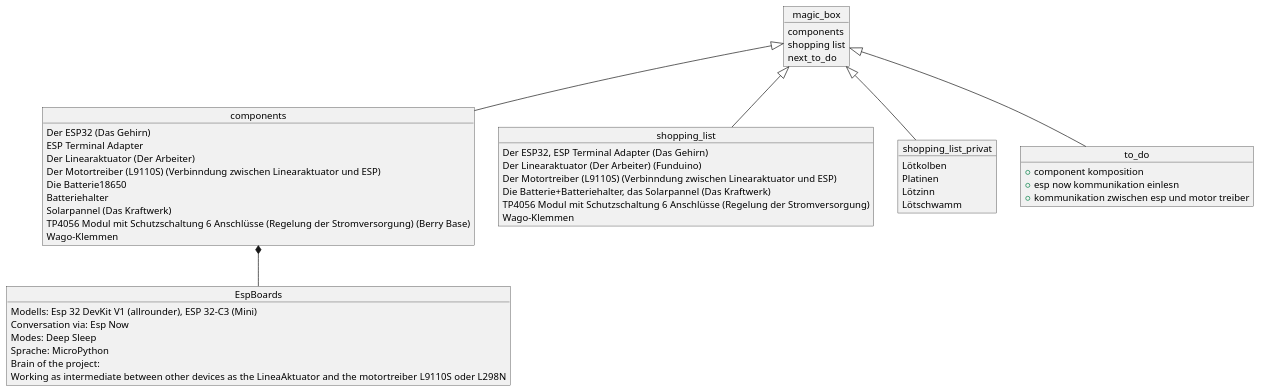
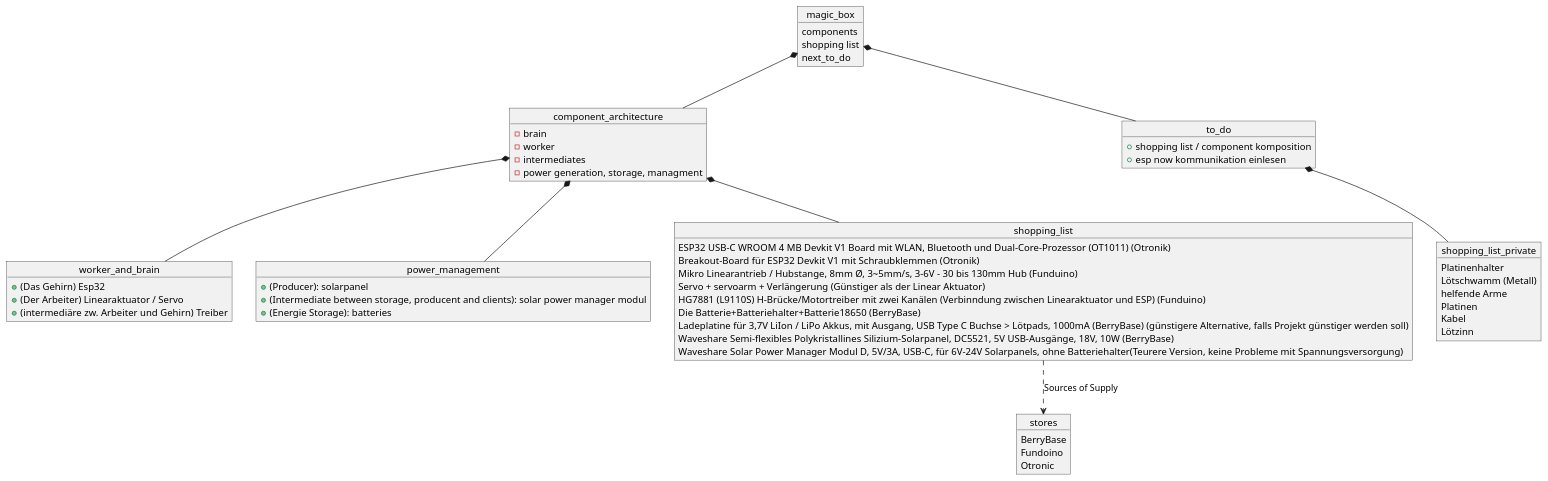
One commit to jrlk000/magic_box changed the diagram in overview_magic_box.puml. Above: the diagram before and after it, drawn with PlantUML.

Commit message:
Concretize the shopping list and the project architecture

```diff
--- a/overview_magic_box.puml
+++ b/overview_magic_box.puml
@@ -1,62 +1,68 @@
 @startuml
 
 object magic_box{
 components
 shopping list
 next_to_do
 }
 
-object components{
-Der ESP32 (Das Gehirn)
-ESP Terminal Adapter
-Der Linearaktuator (Der Arbeiter)
-Der Motortreiber (L9110S) (Verbinndung zwischen Linearaktuator und ESP)
-Die Batterie18650
-Batteriehalter
-Solarpannel (Das Kraftwerk)
-TP4056 Modul mit Schutzschaltung 6 Anschlüsse (Regelung der Stromversorgung) (Berry Base)
-Wago-Klemmen
+object component_architecture{
+-brain
+-worker
+-intermediates
+-power generation, storage, managment
 }
 
-object EspBoards{
-Modells: Esp 32 DevKit V1 (allrounder), ESP 32-C3 (Mini)
+object worker_and_brain{
++(Das Gehirn) Esp32
++(Der Arbeiter) Linearaktuator / Servo
++(intermediäre zw. Arbeiter und Gehirn) Treiber
+}
 
-Conversation via: Esp Now
-Modes: Deep Sleep
-Sprache: MicroPython
-
-Brain of the project:
-Working as intermediate between other devices as the LineaAktuator and the motortreiber L9110S oder L298N
-
-
+object power_management{
++(Producer): solarpanel
++(Intermediate between storage, producent and clients): solar power manager modul
++(Energie Storage): batteries
 }
 
 object shopping_list{
-Der ESP32, ESP Terminal Adapter (Das Gehirn)
-Der Linearaktuator (Der Arbeiter) (Funduino)
-Der Motortreiber (L9110S) (Verbinndung zwischen Linearaktuator und ESP)
-Die Batterie+Batteriehalter, das Solarpannel (Das Kraftwerk)
-TP4056 Modul mit Schutzschaltung 6 Anschlüsse (Regelung der Stromversorgung)
-Wago-Klemmen
+ESP32 USB-C WROOM 4 MB Devkit V1 Board mit WLAN, Bluetooth und Dual-Core-Prozessor (OT1011) (Otronik)
+Breakout-Board für ESP32 Devkit V1 mit Schraubklemmen (Otronik)
+Mikro Linearantrieb / Hubstange, 8mm Ø, 3~5mm/s, 3-6V - 30 bis 130mm Hub (Funduino)
+Servo + servoarm + Verlängerung (Günstiger als der Linear Aktuator)
+HG7881 (L9110S) H-Brücke/Motortreiber mit zwei Kanälen (Verbinndung zwischen Linearaktuator und ESP) (Funduino)
+Die Batterie+Batteriehalter+Batterie18650 (BerryBase)
+Ladeplatine für 3,7V LiIon / LiPo Akkus, mit Ausgang, USB Type C Buchse > Lötpads, 1000mA (BerryBase) (günstigere Alternative, falls Projekt günstiger werden soll)
+Waveshare Semi-flexibles Polykristallines Silizium-Solarpanel, DC5521, 5V USB-Ausgänge, 18V, 10W (BerryBase)
+Waveshare Solar Power Manager Modul D, 5V/3A, USB-C, für 6V-24V Solarpanels, ohne Batteriehalter(Teurere Version, keine Probleme mit Spannungsversorgung)
 }
 
-object shopping_list_privat{
-Lötkolben
+object shopping_list_private{
+Platinenhalter
+Lötschwamm (Metall)
+helfende Arme
 Platinen
+Kabel
 Lötzinn
-Lötschwamm
+}
+
+object stores{
+BerryBase
+Fundoino
+Otronic
 }
 
 object to_do{
-+component komposition
-+esp now kommunikation einlesn
-+kommunikation zwischen esp und motor treiber
++shopping list / component komposition
++esp now kommunikation einlesen
 }
 
-magic_box <|-- to_do
-magic_box <|-- shopping_list
-magic_box <|-- components
-magic_box <|--shopping_list_privat
-components *-- EspBoards
+magic_box *-- to_do
+magic_box *-- component_architecture
+to_do *--shopping_list_private
+component_architecture *-- worker_and_brain
+component_architecture *-- power_management
+component_architecture *-- shopping_list
+shopping_list ..> stores :Sources of Supply
 
 @enduml
```
